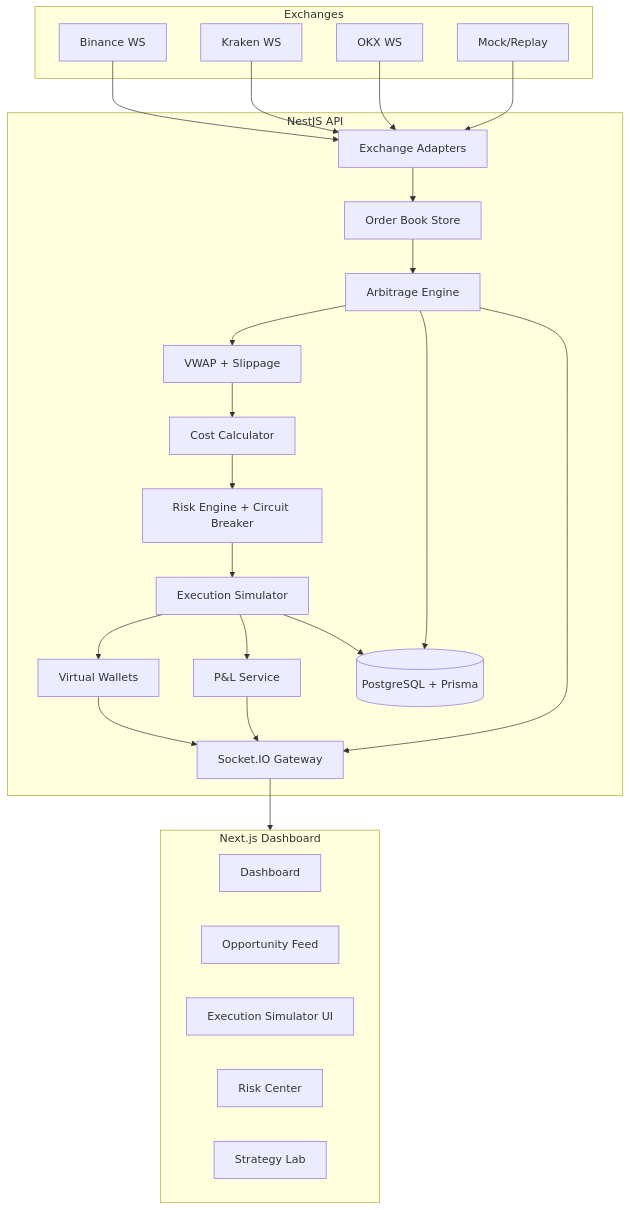
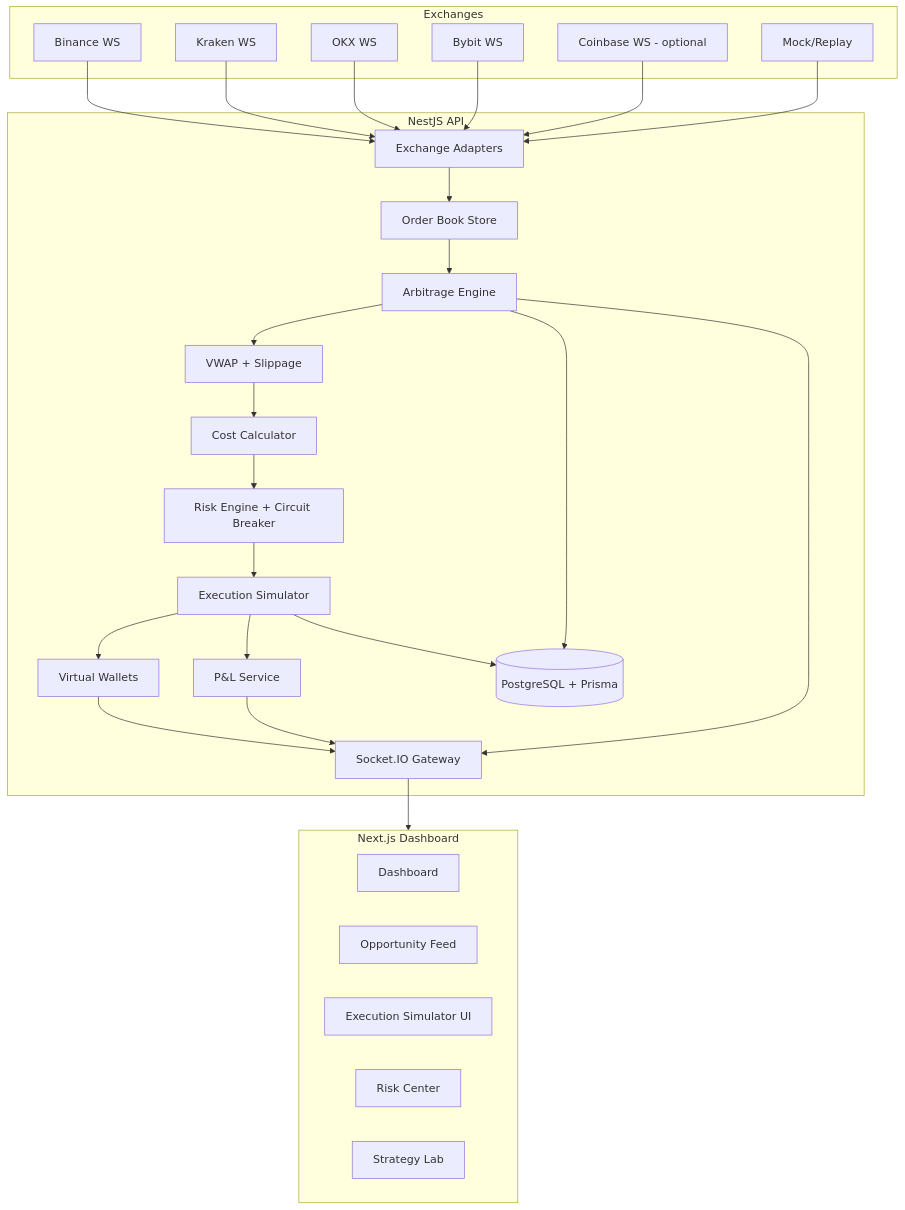
The diagram in docs/architecture.md (JesusArturoRivasOrtega/ArbiX), drawn with Mermaid before and after one commit. The commit also changed 7 other files, not shown here.

````diff
--- a/docs/architecture.md
+++ b/docs/architecture.md
@@ -5,50 +5,54 @@
 ```mermaid
 flowchart TB
   subgraph Exchanges
     BIN[Binance WS]
     KRA[Kraken WS]
     OKX[OKX WS]
+    BYB[Bybit WS]
+    CB[Coinbase WS - optional]
     MOCK[Mock/Replay]
   end
 
   subgraph API[NestJS API]
     ADP[Exchange Adapters]
     OBS[Order Book Store]
     ARB[Arbitrage Engine]
     VWAP[VWAP + Slippage]
     COST[Cost Calculator]
     RISK[Risk Engine + Circuit Breaker]
     SIM[Execution Simulator]
     WAL[Virtual Wallets]
     PNL[P&L Service]
     GW[Socket.IO Gateway]
     DB[(PostgreSQL + Prisma)]
   end
 
   subgraph WEB[Next.js Dashboard]
     DASH[Dashboard]
     OPPS[Opportunity Feed]
     SIMUI[Execution Simulator UI]
     RISKUI[Risk Center]
     LAB[Strategy Lab]
   end
 
   BIN --> ADP
   KRA --> ADP
   OKX --> ADP
+  BYB --> ADP
+  CB --> ADP
   MOCK --> ADP
   ADP --> OBS
   OBS --> ARB
   ARB --> VWAP
   VWAP --> COST
   COST --> RISK
   RISK --> SIM
   SIM --> WAL
   SIM --> PNL
   ARB --> DB
   SIM --> DB
   GW --> WEB
   ARB --> GW
   WAL --> GW
   PNL --> GW
 ```
````
